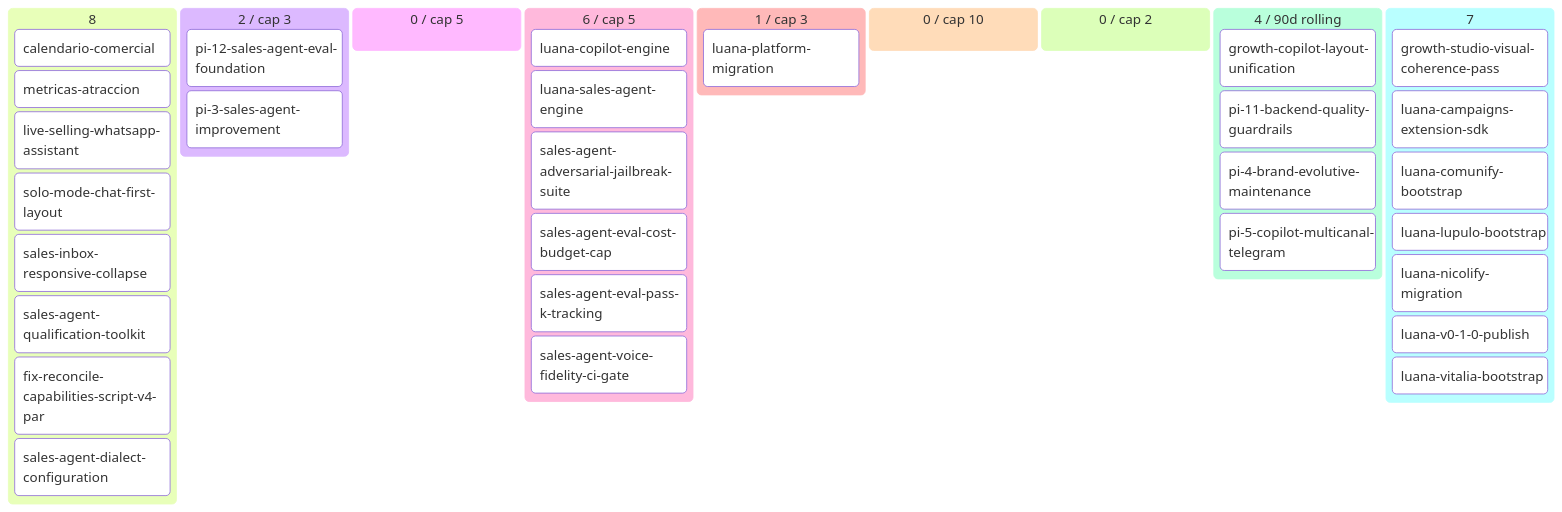
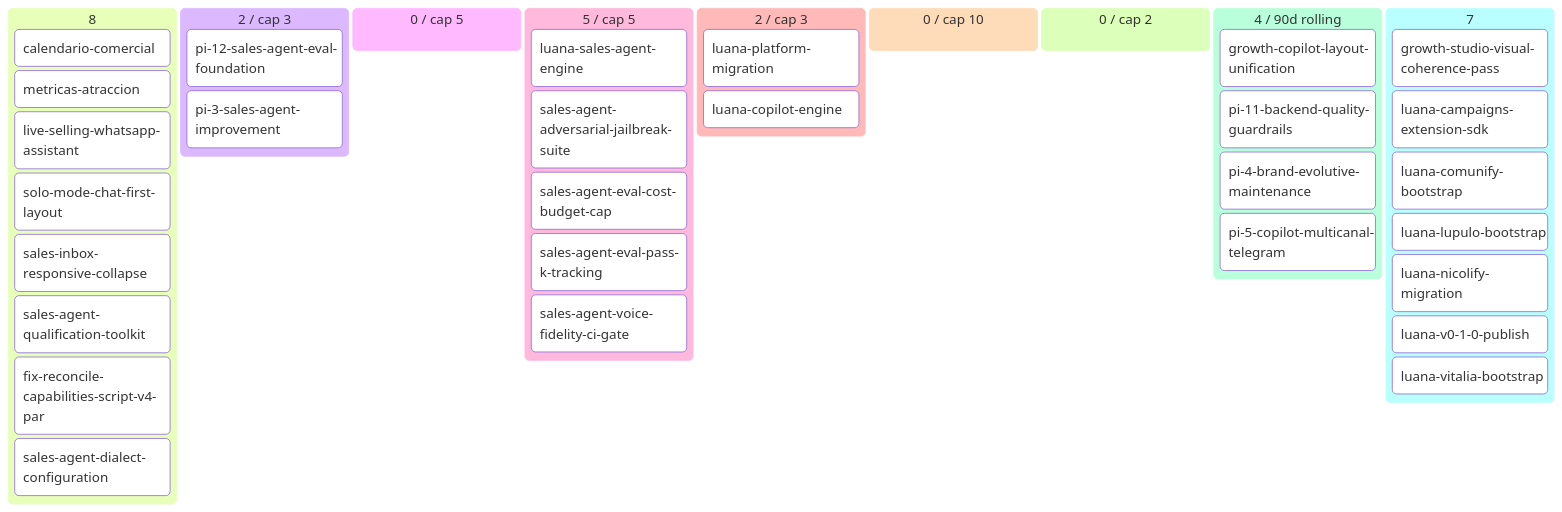
Before and after one commit to alpacapurpura/ap_sales_agent: the diagram in docs/product/BACKLOG.md, drawn with Mermaid. The commit also changed other lines of this file and 8 other files, not shown here.

````diff
--- a/docs/product/BACKLOG.md
+++ b/docs/product/BACKLOG.md
@@ -66,40 +66,40 @@
 ```mermaid
 kanban
   💡 Ideas (8)
     calendario-comercial[calendario-comercial]
     metricas-atraccion[metricas-atraccion]
     live-selling-whatsapp-assistan[live-selling-whatsapp-assistant]
     solo-mode-chat-first-layout[solo-mode-chat-first-layout]
     sales-inbox-responsive-collaps[sales-inbox-responsive-collapse]
     sales-agent-qualification-tool[sales-agent-qualification-toolkit]
     fix-reconcile-capabilities-scr[fix-reconcile-capabilities-script-v4-par]
     sales-agent-dialect-configurat[sales-agent-dialect-configuration]
   🔬 Refining (2 / cap 3)
     pi-12-sales-agent-eval-foundat[pi-12-sales-agent-eval-foundation]
     pi-3-sales-agent-improvement[pi-3-sales-agent-improvement]
   ✅ Refined (0 / cap 5)
-  📦 Ready (6 / cap 5)
-    luana-copilot-engine[luana-copilot-engine]
+  📦 Ready (5 / cap 5)
     luana-sales-agent-engine[luana-sales-agent-engine]
     sales-agent-adversarial-jailbr[sales-agent-adversarial-jailbreak-suite]
     sales-agent-eval-cost-budget-c[sales-agent-eval-cost-budget-cap]
     sales-agent-eval-pass-k-tracki[sales-agent-eval-pass-k-tracking]
     sales-agent-voice-fidelity-ci-[sales-agent-voice-fidelity-ci-gate]
-  🔨 Developing (1 / cap 3)
+  🔨 Developing (2 / cap 3)
     luana-platform-migration[luana-platform-migration]
+    luana-copilot-engine[luana-copilot-engine]
   🧪 Developed (0 / cap 10)
   🔍 Reviewing (0 / cap 2)
   ✅ Done (4 / 90d rolling)
     growth-copilot-layout-unificat[growth-copilot-layout-unification]
     pi-11-backend-quality-guardrai[pi-11-backend-quality-guardrails]
     pi-4-brand-evolutive-maintenan[pi-4-brand-evolutive-maintenance]
     pi-5-copilot-multicanal-telegr[pi-5-copilot-multicanal-telegram]
   🅿 Parked (7)
     growth-studio-visual-coherence[growth-studio-visual-coherence-pass]
     luana-campaigns-extension-sdk[luana-campaigns-extension-sdk]
     luana-comunify-bootstrap[luana-comunify-bootstrap]
     luana-lupulo-bootstrap[luana-lupulo-bootstrap]
     luana-nicolify-migration[luana-nicolify-migration]
     luana-v0-1-0-publish[luana-v0-1-0-publish]
     luana-vitalia-bootstrap[luana-vitalia-bootstrap]
 ```
````
